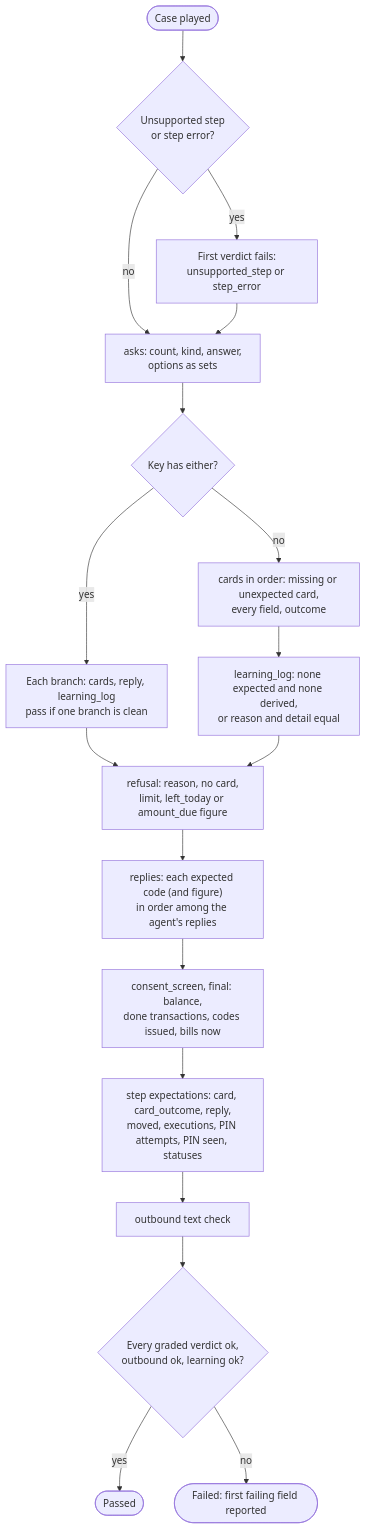
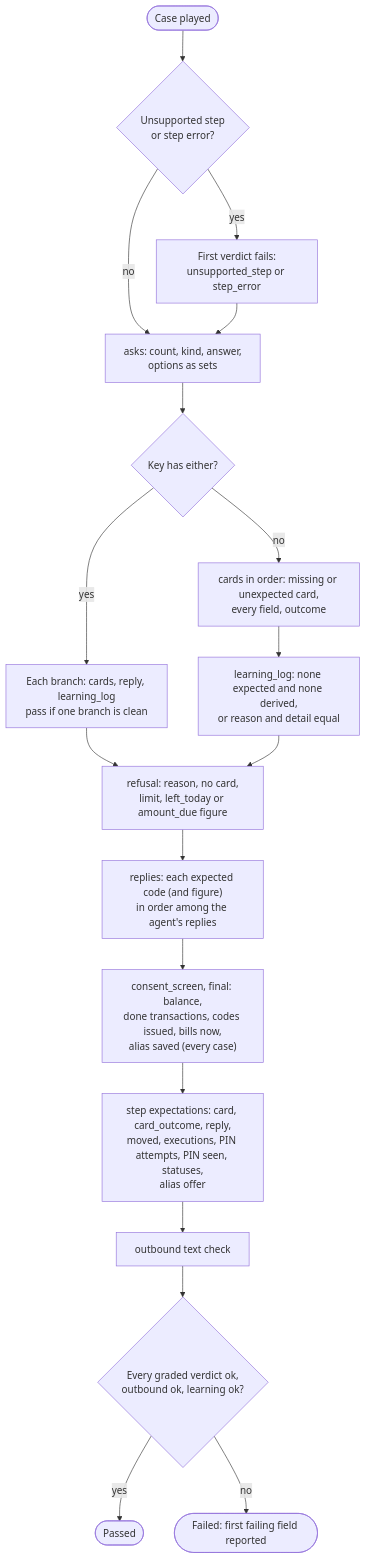
The second of 3 diagrams in docs/agent-eval.md (Khalil-Alhadidi/Naqoli), drawn with Mermaid before and after one commit. The commit also changed other lines of this file and 12 other files, not shown here.

Commit message:
feat(eval): tap save_alias is played; alias_offer and final.alias_saved are graded (milestone 9a); oracle m9a report

````diff
--- a/docs/agent-eval.md
+++ b/docs/agent-eval.md
@@ -91,20 +90,20 @@
 ```mermaid
 flowchart TD
     start(["Case played"]) --> stopped{"Unsupported step<br/>or step error?"}
     stopped -- yes --> failFirst["First verdict fails:<br/>unsupported_step or step_error"]
     stopped -- no --> asks
     failFirst --> asks["asks: count, kind, answer,<br/>options as sets"]
     asks --> either{"Key has either?"}
     either -- yes --> branches["Each branch: cards, reply, learning_log<br/>pass if one branch is clean"]
     either -- no --> cards["cards in order: missing or unexpected card,<br/>every field, outcome"]
     cards --> learning["learning_log: none expected and none derived,<br/>or reason and detail equal"]
     branches --> refusal
     learning --> refusal["refusal: reason, no card,<br/>limit, left_today or amount_due figure"]
     refusal --> replies["replies: each expected code (and figure)<br/>in order among the agent's replies"]
-    replies --> final["consent_screen, final: balance,<br/>done transactions, codes issued, bills now"]
-    final --> steps["step expectations: card, card_outcome, reply,<br/>moved, executions, PIN attempts, PIN seen, statuses"]
+    replies --> final["consent_screen, final: balance,<br/>done transactions, codes issued, bills now,<br/>alias saved (every case)"]
+    final --> steps["step expectations: card, card_outcome, reply,<br/>moved, executions, PIN attempts, PIN seen, statuses,<br/>alias offer"]
     steps --> outbound["outbound text check"]
     outbound --> passed{"Every graded verdict ok,<br/>outbound ok, learning ok?"}
     passed -- yes --> pass(["Passed"])
     passed -- no --> fail(["Failed: first failing field reported"])
 ```
````
